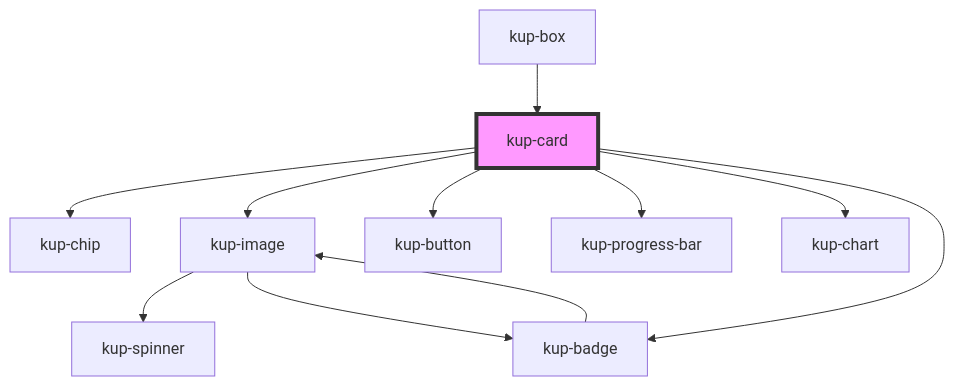
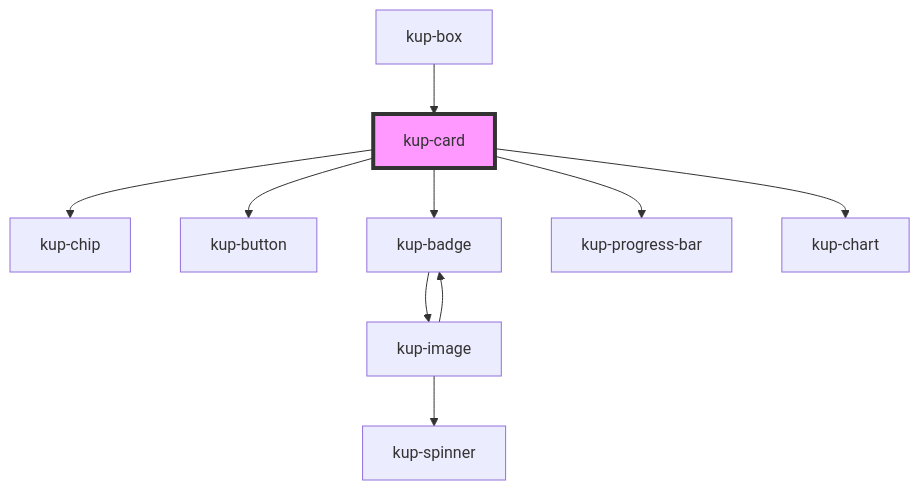
Before and after one commit to smeup/ketchup: the diagram in packages/ketchup/src/components/kup-card/readme.md, drawn with Mermaid. The commit also changed other lines of this file and 10 other files, not shown here.

Commit message:
Removed kup image from card.

````diff
--- a/packages/ketchup/src/components/kup-card/readme.md
+++ b/packages/ketchup/src/components/kup-card/readme.md
@@ -57,14 +56,13 @@
 ```mermaid
 graph TD;
   kup-card --> kup-chip
-  kup-card --> kup-image
   kup-card --> kup-button
+  kup-card --> kup-badge
   kup-card --> kup-progress-bar
   kup-card --> kup-chart
-  kup-card --> kup-badge
+  kup-badge --> kup-image
   kup-image --> kup-spinner
   kup-image --> kup-badge
-  kup-badge --> kup-image
   kup-box --> kup-card
   style kup-card fill:#f9f,stroke:#333,stroke-width:4px
 ```
````
